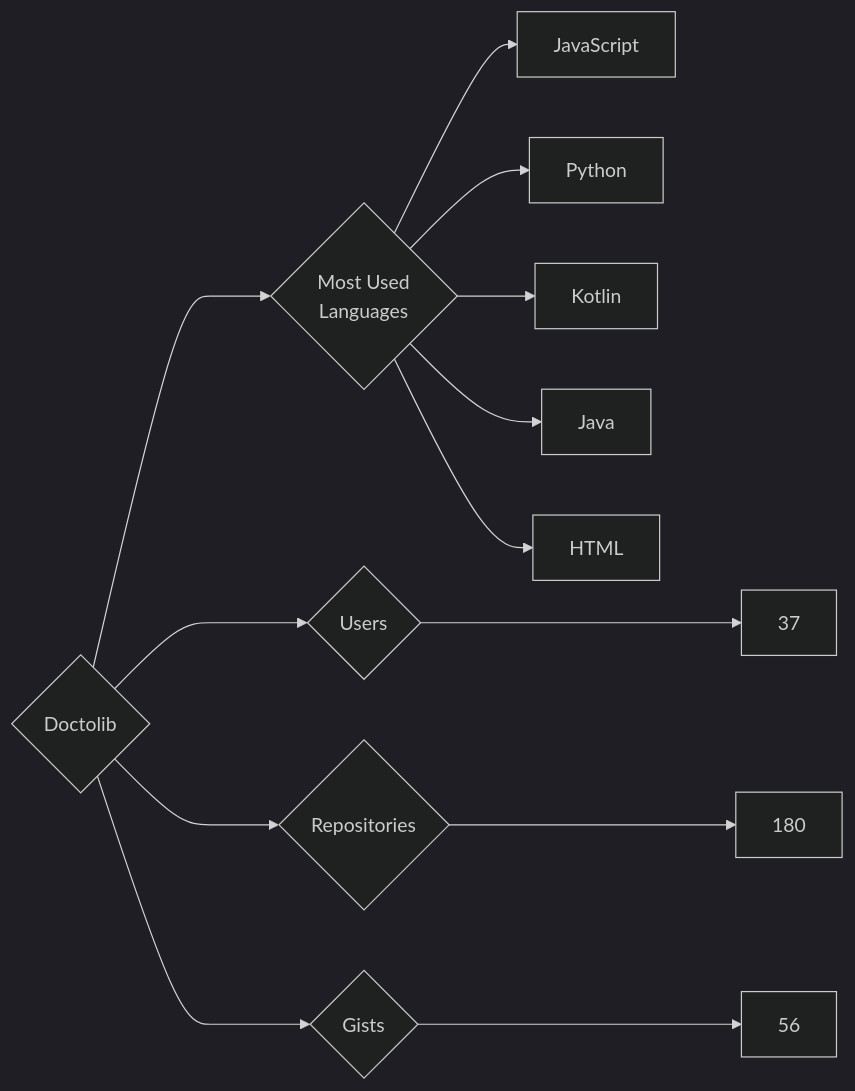
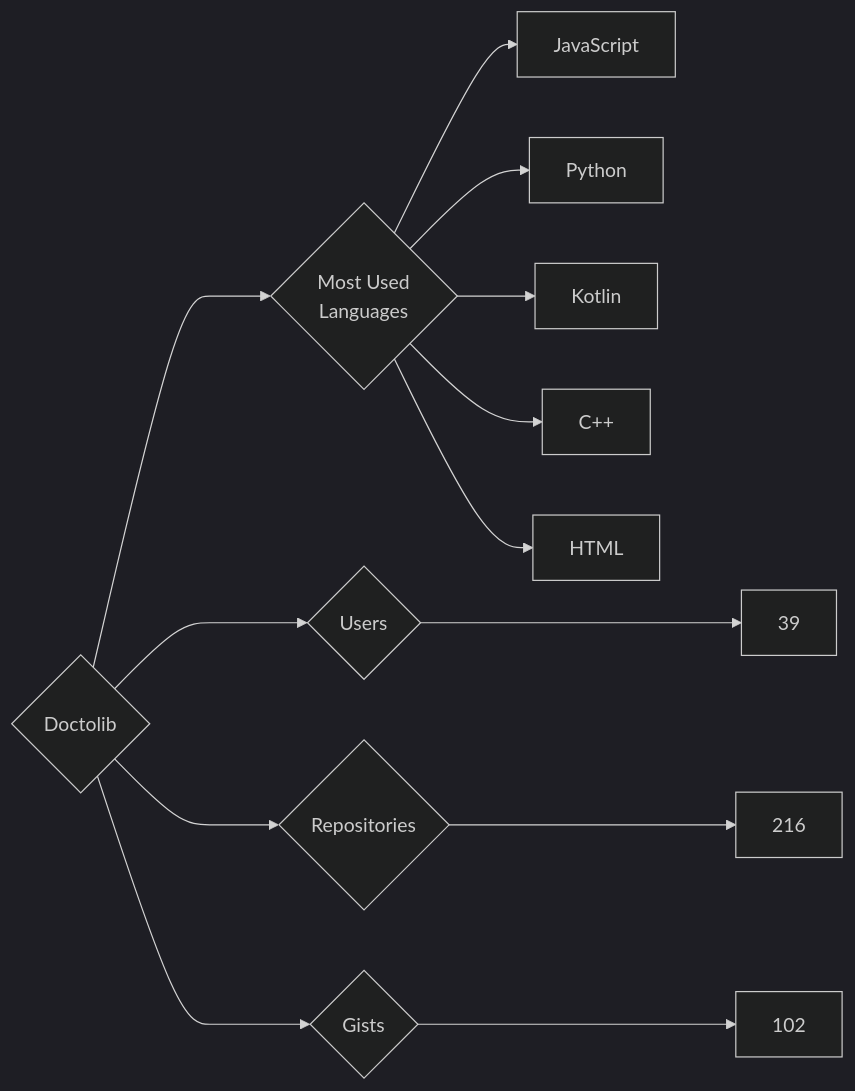
One commit to trickest/insiders changed the diagram in targets/Doctolib/README.md. Above: the diagram before and after it, drawn with Mermaid (dark theme). The commit also changed 776 other files, not shown here.

````diff
--- a/targets/Doctolib/README.md
+++ b/targets/Doctolib/README.md
@@ -3,13 +3,13 @@
 ```mermaid
 graph LR
 COMPANY_NAME{Doctolib}
-COMPANY_NAME ---> U{Users} ---> UN[37]
-COMPANY_NAME ---> R{Repositories} ---> RN[180]
-COMPANY_NAME ---> G{Gists} ---> GN[56]
+COMPANY_NAME ---> U{Users} ---> UN[39]
+COMPANY_NAME ---> R{Repositories} ---> RN[216]
+COMPANY_NAME ---> G{Gists} ---> GN[102]
 COMPANY_NAME ---> ML{Most Used<br>Languages}
 ML --> JavaScript[JavaScript]
 ML --> Python[Python]
 ML --> Kotlin[Kotlin]
-ML --> Java[Java]
+ML --> C++[C++]
 ML --> HTML[HTML]
 ```
````
